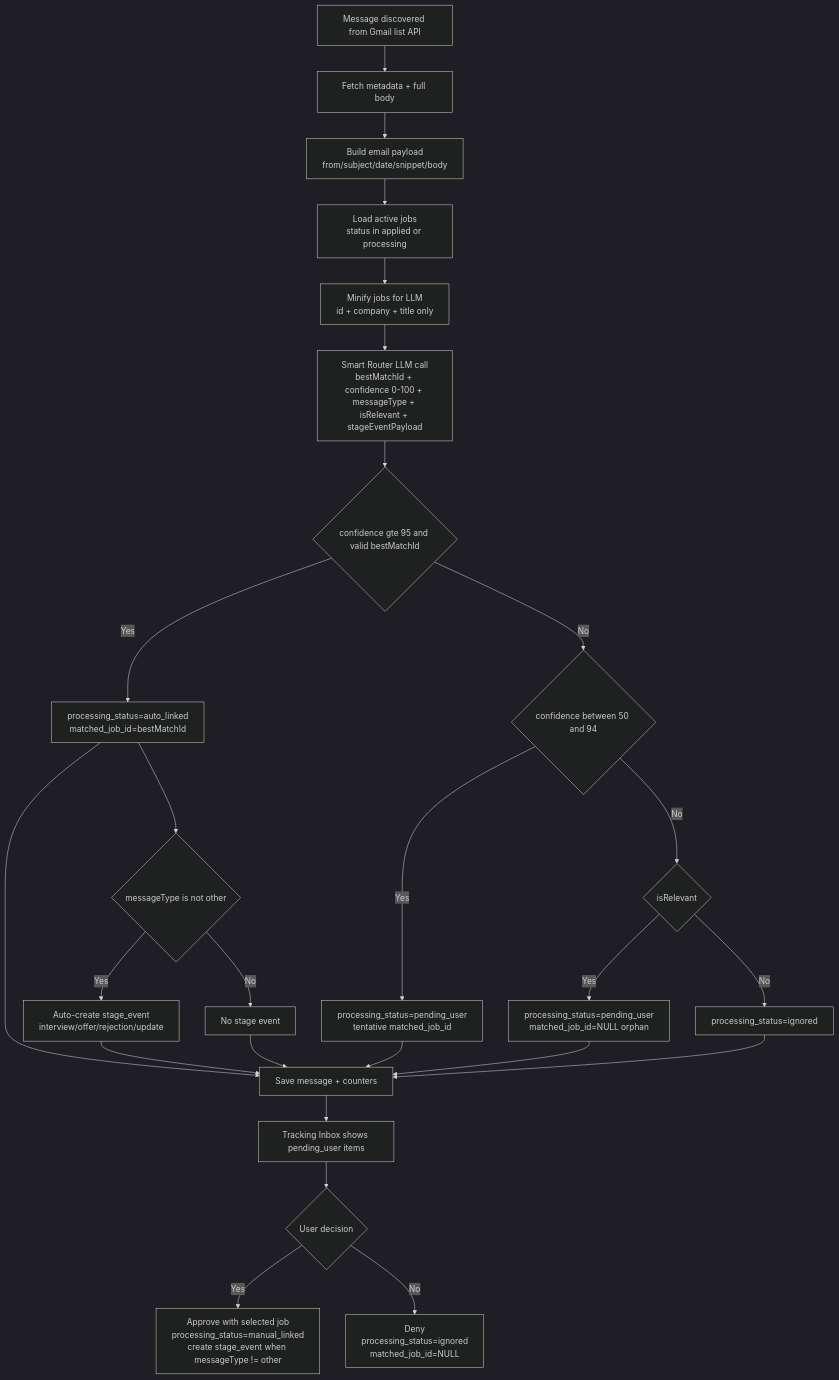
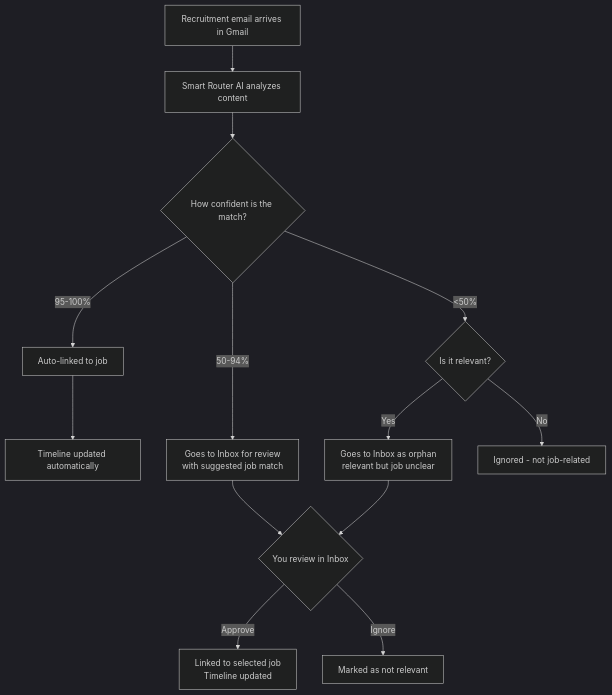
Before and after one commit to DaKheera47/job-ops: the diagram in documentation/self-hosting.md, drawn with Mermaid (dark theme). The commit also changed other lines of this file, not shown here.

Commit message:
better documentation

````diff
--- a/documentation/self-hosting.md
+++ b/documentation/self-hosting.md
@@ -74,33 +74,19 @@
 ```mermaid
 flowchart TD
-  A[Message discovered from Gmail list API] --> B[Fetch metadata + full body]
-  B --> C[Build email payload\nfrom/subject/date/snippet/body]
-  C --> D[Load active jobs\nstatus in applied or processing]
-  D --> E[Minify jobs for LLM\nid + company + title only]
-  E --> F[Smart Router LLM call\nbestMatchId + confidence 0-100 + messageType + isRelevant + stageEventPayload]
+    A[Recruitment email arrives in Gmail] --> B[Smart Router AI analyzes content]
+    B --> C{How confident is the match?}
 
-  F --> G{confidence gte 95 and valid bestMatchId}
-  G -- Yes --> H[processing_status=auto_linked\nmatched_job_id=bestMatchId]
-  H --> I{messageType is not other}
-  I -- Yes --> J[Auto-create stage_event\ninterview/offer/rejection/update]
-  I -- No --> K[No stage event]
+    C -->|95-100%| D[Auto-linked to job]
+    D --> E[Timeline updated automatically]
 
-  G -- No --> L{confidence between 50 and 94}
-  L -- Yes --> M[processing_status=pending_user\ntentative matched_job_id]
+    C -->|50-94%| F[Goes to Inbox for review<br/>with suggested job match]
 
-  L -- No --> N{isRelevant}
-  N -- Yes --> O[processing_status=pending_user\nmatched_job_id=NULL orphan]
-  N -- No --> P[processing_status=ignored]
+    C -->|<50%| G{Is it relevant?}
+    G -->|Yes| H[Goes to Inbox as orphan<br/>relevant but job unclear]
+    G -->|No| I[Ignored - not job-related]
 
-  H --> Q[Save message + counters]
-  J --> Q
-  K --> Q
-  M --> Q
-  O --> Q
-  P --> Q
-
-  Q --> R[Tracking Inbox shows pending_user items]
-  R --> S{User decision}
-  S -- Yes --> T[Approve with selected job\nprocessing_status=manual_linked\ncreate stage_event when messageType != other]
-  S -- No --> U[Deny\nprocessing_status=ignored\nmatched_job_id=NULL]
+    F --> J{You review in Inbox}
+    H --> J
+    J -->|Approve| K[Linked to selected job<br/>Timeline updated]
+    J -->|Ignore| L[Marked as not relevant]
 ```
````
